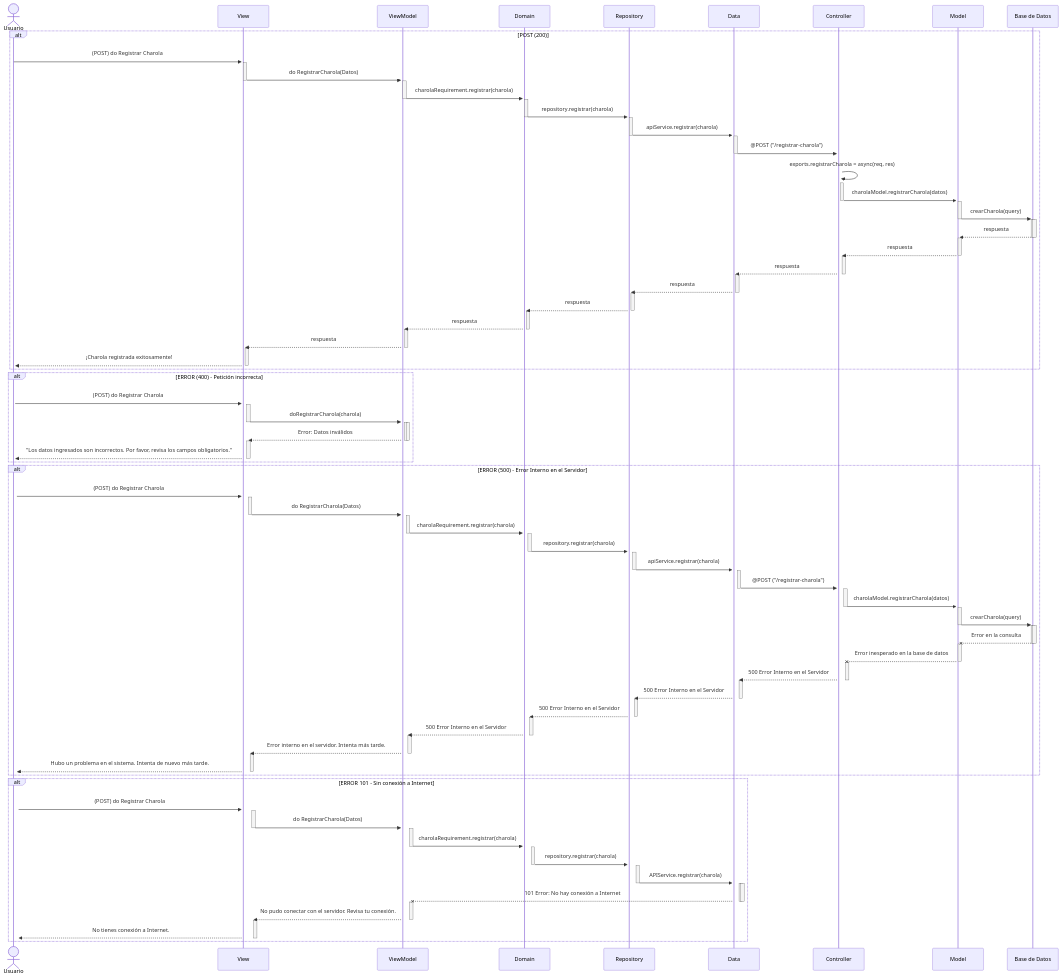
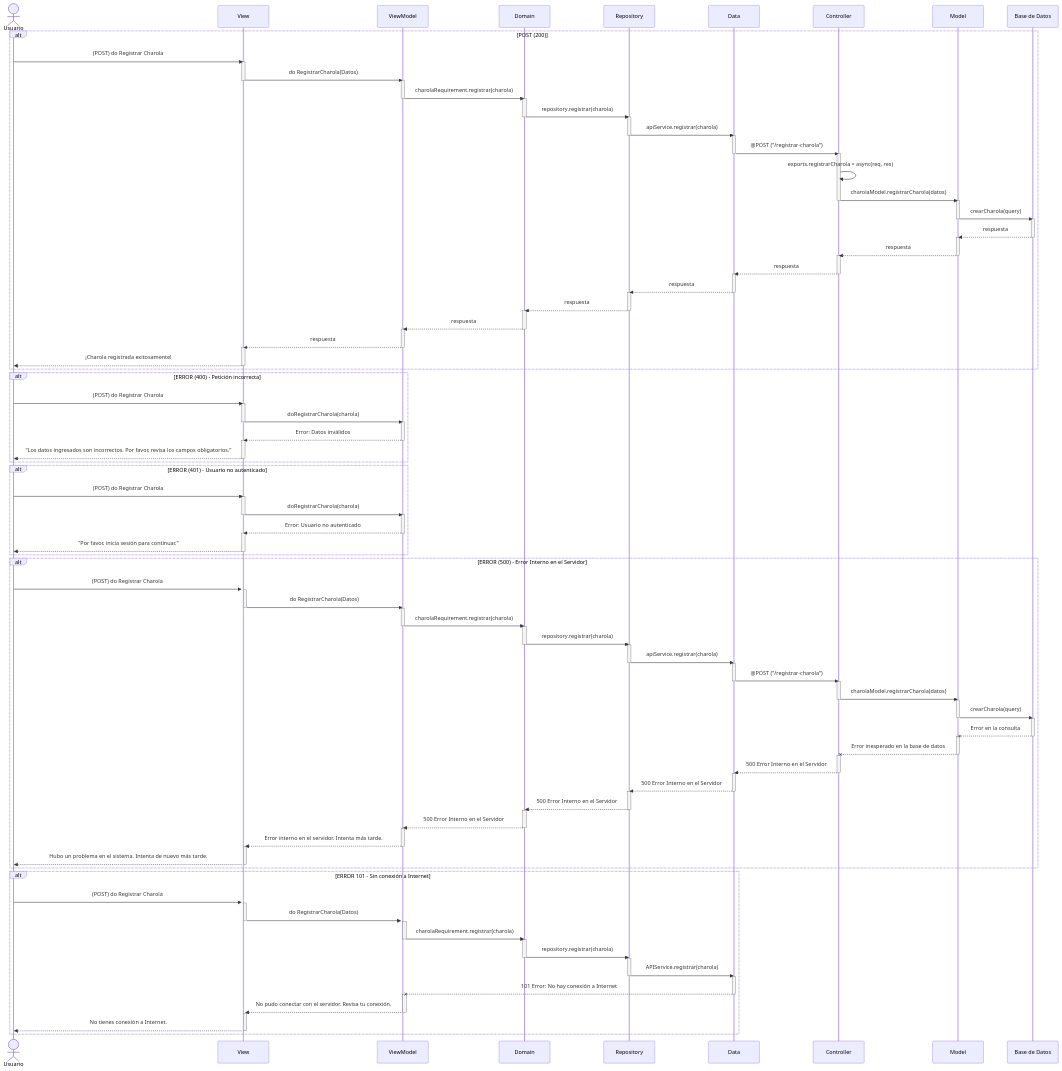
Before and after one commit to CodeAnd-Co/Documentacion: the diagram in documentation/docs/proyectos/larvas/documentacion/requisitos/RF5.md, drawn with Mermaid. The commit also changed other lines of this file and 1 other file, not shown here.

Commit message:
Modifica el DS y el Mockup

```diff
--- a/documentation/docs/proyectos/larvas/documentacion/requisitos/RF5.md
+++ b/documentation/docs/proyectos/larvas/documentacion/requisitos/RF5.md
@@ -36,139 +36,152 @@
     participant Database as Base de Datos
 
     alt POST (200)
-    Usuario->>+View: (POST) do Registrar Charola
+    Usuario->>View: (POST) do Registrar Charola
     activate View
-    View->>+ViewModel: do RegistrarCharola(Datos)
+    View->>ViewModel: do RegistrarCharola(Datos)
     deactivate View
     activate ViewModel
-    ViewModel->>+Domain: charolaRequirement.registrar(charola)
+    ViewModel->>Domain: charolaRequirement.registrar(charola)
     deactivate ViewModel
     activate Domain
-    Domain->>+Repository: repository.registrar(charola)
+    Domain->>Repository: repository.registrar(charola)
     deactivate Domain
     activate Repository
-    Repository->>+APIService: apiService.registrar(charola)
+    Repository->>APIService: apiService.registrar(charola)
     deactivate Repository
     activate APIService
-    APIService->>+Controller: @POST ("/registrar-charola")
+    APIService->>Controller: @POST ("/registrar-charola")
     deactivate APIService
     activate Controller
-    Controller->>+Controller: exports.registrarCharola = async(req, res)
-    Controller->>+Model: charolaModel.registrarCharola(datos)
+    Controller->>Controller: exports.registrarCharola = async(req, res)
+    Controller->>Model: charolaModel.registrarCharola(datos)
     deactivate Controller
     activate Model
-    Model->>+Database: crearCharola(query)
+    Model->>Database: crearCharola(query)
     deactivate Model
     activate Database
-    Database-->>-Model: respuesta
+    Database-->>Model: respuesta
     deactivate Database
     activate Model
-    Model-->>+Controller: respuesta
+    Model-->>Controller: respuesta
     deactivate Model
     activate Controller
-    Controller-->>+APIService: respuesta
+    Controller-->>APIService: respuesta
     deactivate Controller
     activate APIService
-    APIService-->>+Repository: respuesta
+    APIService-->>Repository: respuesta
     deactivate APIService
     activate Repository
-    Repository-->>+Domain: respuesta
+    Repository-->>Domain: respuesta
     deactivate Repository
     activate Domain
-    Domain-->>+ViewModel: respuesta
+    Domain-->>ViewModel: respuesta
     deactivate Domain
     activate ViewModel
-    ViewModel-->>+View: respuesta
+    ViewModel-->>View: respuesta
     deactivate ViewModel
     activate View
-    View-->>+Usuario: ¡Charola registrada exitosamente!
+    View-->>Usuario: ¡Charola registrada exitosamente!
     deactivate View
     end
 
     alt ERROR (400) - Petición incorrecta
-    Usuario->>+View: (POST) do Registrar Charola
+    Usuario->>View: (POST) do Registrar Charola
     activate View
-    View->>+ViewModel: doRegistrarCharola(charola)
+    View->>ViewModel: doRegistrarCharola(charola)
     deactivate View
     activate ViewModel
-    ViewModel-->>-View: Error: Datos inválidos
+    ViewModel-->>View: Error: Datos inválidos
     deactivate ViewModel
     activate View
-    View-->>+Usuario: "Los datos ingresados son incorrectos. Por favor, revisa los campos obligatorios."
+    View-->>Usuario: "Los datos ingresados son incorrectos. Por favor, revisa los campos obligatorios."
+    deactivate View
+    end
+
+    alt ERROR (401) - Usuario no autenticado
+    Usuario->>View: (POST) do Registrar Charola
+    activate View
+    View->>ViewModel: doRegistrarCharola(charola)
+    deactivate View
+    activate ViewModel
+    ViewModel-->>View: Error: Usuario no autenticado
+    deactivate ViewModel
+    activate View
+    View-->>Usuario: "Por favor, inicia sesión para continuar."
     deactivate View
     end
 
     alt ERROR (500) - Error Interno en el Servidor
     Usuario->>+View: (POST) do Registrar Charola
     activate View
-    View->>+ViewModel: do RegistrarCharola(Datos)
+    View->>ViewModel: do RegistrarCharola(Datos)
     deactivate View
     activate ViewModel
-    ViewModel->>+Domain: charolaRequirement.registrar(charola)
+    ViewModel->>Domain: charolaRequirement.registrar(charola)
     deactivate ViewModel
     activate Domain
-    Domain->>+Repository: repository.registrar(charola)
+    Domain->>Repository: repository.registrar(charola)
     deactivate Domain
     activate Repository
-    Repository->>+APIService: apiService.registrar(charola)
+    Repository->>APIService: apiService.registrar(charola)
     deactivate Repository
     activate APIService
-    APIService->>+Controller: @POST ("/registrar-charola")
+    APIService->>Controller: @POST ("/registrar-charola")
     deactivate APIService
     activate Controller
     Controller->>Model: charolaModel.registrarCharola(datos)
     deactivate Controller
     activate Model
-    Model->>+Database: crearCharola(query)
+    Model->>Database: crearCharola(query)
     deactivate Model
     activate Database
-    Database--X-Model: Error en la consulta
+    Database--XModel: Error en la consulta
     deactivate Database
     activate Model
-    Model--X+Controller: Error inesperado en la base de datos
+    Model--XController: Error inesperado en la base de datos
     deactivate Model
     activate Controller
-    Controller-->>+APIService: 500 Error Interno en el Servidor
+    Controller-->>APIService: 500 Error Interno en el Servidor
     deactivate Controller
     activate APIService
-    APIService-->>+Repository: 500 Error Interno en el Servidor
+    APIService-->>Repository: 500 Error Interno en el Servidor
     deactivate APIService
     activate Repository
-    Repository-->>+Domain: 500 Error Interno en el Servidor
+    Repository-->>Domain: 500 Error Interno en el Servidor
     deactivate Repository
     activate Domain
-    Domain-->>+ViewModel: 500 Error Interno en el Servidor
+    Domain-->>ViewModel: 500 Error Interno en el Servidor
     deactivate Domain
     activate ViewModel
-    ViewModel-->>+View: Error interno en el servidor. Intenta más tarde.
+    ViewModel-->>View: Error interno en el servidor. Intenta más tarde.
     deactivate ViewModel
     activate View
-    View-->>+Usuario: Hubo un problema en el sistema. Intenta de nuevo más tarde.
+    View-->>Usuario: Hubo un problema en el sistema. Intenta de nuevo más tarde.
     deactivate View
     end
 
     alt ERROR 101 - Sin conexión a Internet
-    Usuario->>+View: (POST) do Registrar Charola
+    Usuario->>View: (POST) do Registrar Charola
     activate View
     View->>+ViewModel: do RegistrarCharola(Datos)
     deactivate View
     activate ViewModel
-    ViewModel->>+Domain: charolaRequirement.registrar(charola)
+    ViewModel->>Domain: charolaRequirement.registrar(charola)
     deactivate ViewModel
     activate Domain
-    Domain->>+Repository: repository.registrar(charola)
+    Domain->>Repository: repository.registrar(charola)
     deactivate Domain
     activate Repository
-    Repository->>+APIService: APIService.registrar(charola)
+    Repository->>APIService: APIService.registrar(charola)
     deactivate Repository
     activate APIService
-    APIService--X-ViewModel: 101 Error: No hay conexión a Internet
+    APIService--XViewModel: 101 Error: No hay conexión a Internet
     deactivate APIService
     activate ViewModel
-    ViewModel-->>+View: No pudo conectar con el servidor. Revisa tu conexión.
+    ViewModel-->>View: No pudo conectar con el servidor. Revisa tu conexión.
     deactivate ViewModel
     activate View
-    View-->>+Usuario: No tienes conexión a Internet.
+    View-->>Usuario: No tienes conexión a Internet.
     deactivate View
     end
 
```
